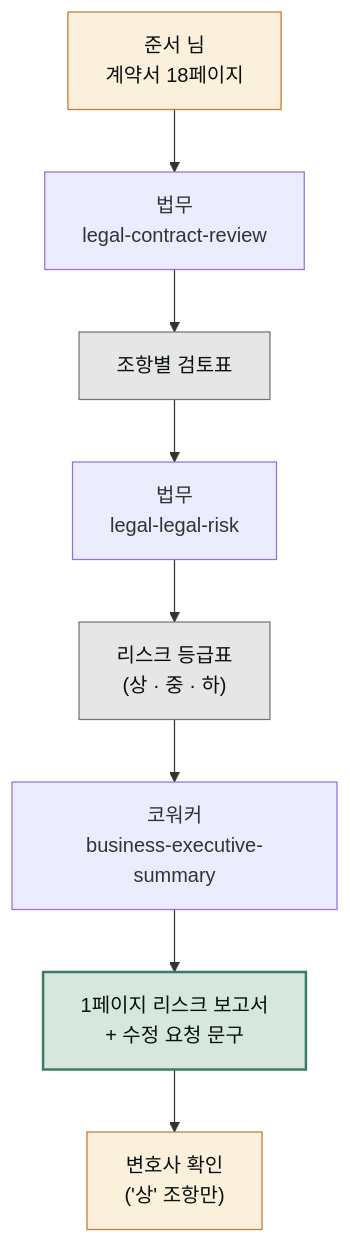
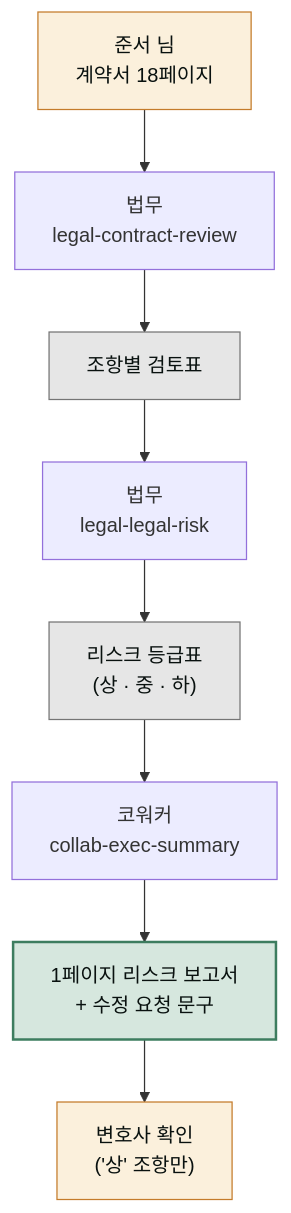
One commit to modu-ai/cowork-plugins changed the diagram in www/content/cookbook/projects/contract-risk-report.md. Above: the diagram before and after it, drawn with Mermaid. The commit also changed other lines of this file and 278 other files, not shown here.

````diff
--- a/www/content/cookbook/projects/contract-risk-report.md
+++ b/www/content/cookbook/projects/contract-risk-report.md
@@ -55,16 +55,16 @@
 ```mermaid
 flowchart TD
    U["준서 님<br/>계약서 18페이지"] --> L1["법무<br/>legal-contract-review"]
    L1 --> R1["조항별 검토표"]
    R1 --> L2["법무<br/>legal-legal-risk"]
    L2 --> R2["리스크 등급표<br/>(상 · 중 · 하)"]
-   R2 --> W1["코워커<br/>business-executive-summary"]
+   R2 --> W1["코워커<br/>collab-exec-summary"]
    W1 --> OUT["1페이지 리스크 보고서<br/>+ 수정 요청 문구"]
    OUT --> EXP["변호사 확인<br/>('상' 조항만)"]
 
    style U fill:#fbf0dc,stroke:#c47b2a,color:#09110f
    style R1 fill:#e6e6e6,stroke:#757575,color:#09110f
    style R2 fill:#e6e6e6,stroke:#757575,color:#09110f
    style OUT fill:#d6e7de,stroke:#3d7d5f,stroke-width:2px,color:#09110f
    style EXP fill:#fbf0dc,stroke:#c47b2a,color:#09110f
 ```
````
